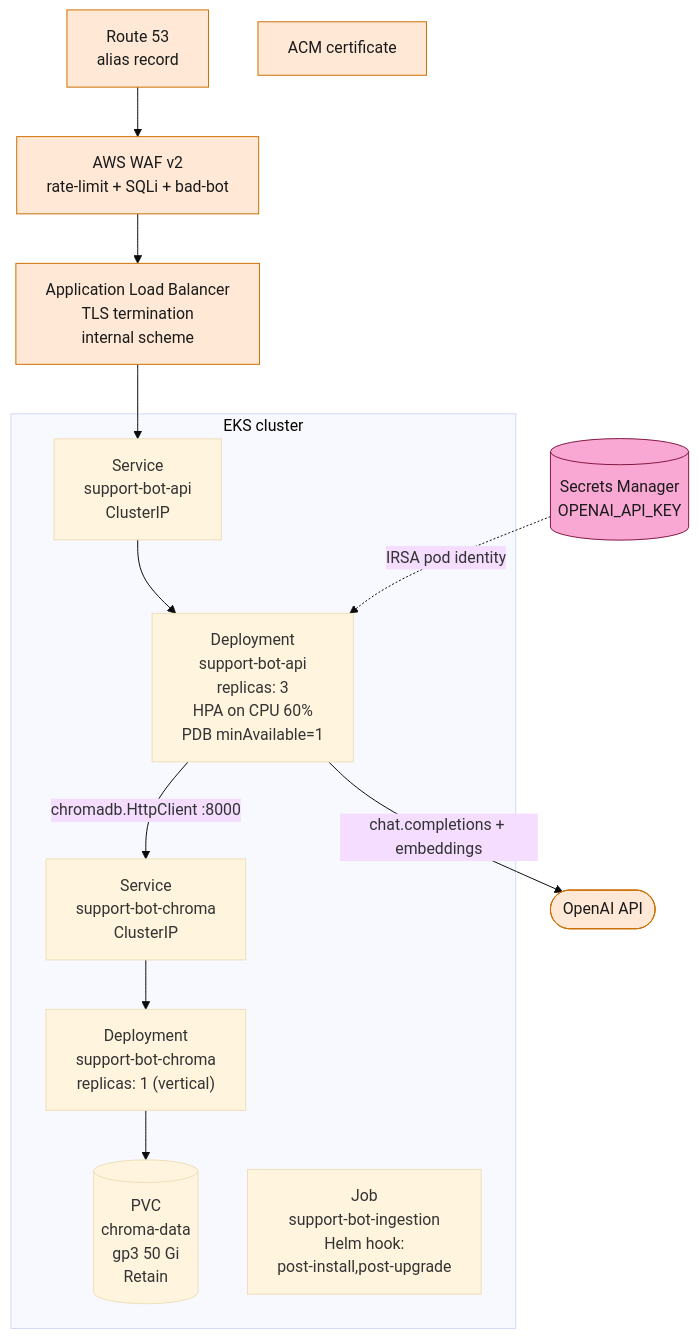
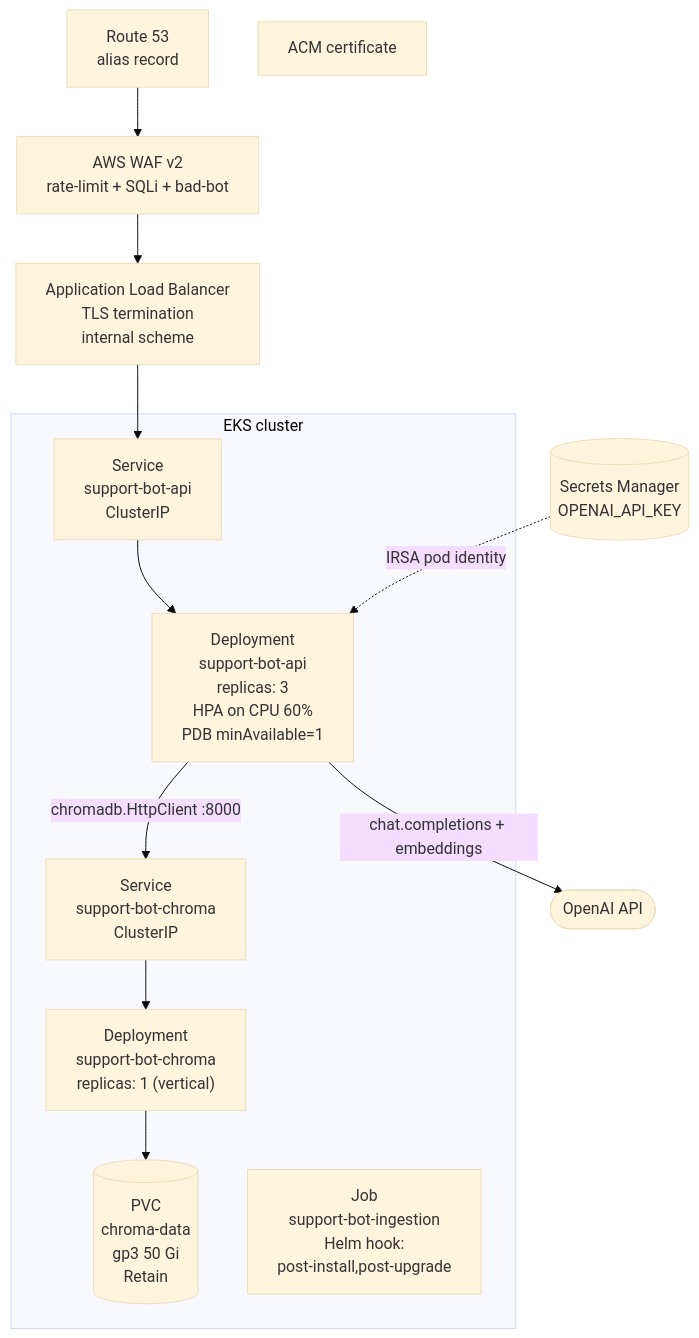
The diagram in docs/c4/4-deep-dive-deployment.md (bruj0/support-agent), drawn with Mermaid (base theme) before and after one commit. The commit also changed 11 other files, not shown here.

First line of the commit message:
fix(docs): revert all Mermaid classDef overrides; use default theme

````diff
--- a/docs/c4/4-deep-dive-deployment.md
+++ b/docs/c4/4-deep-dive-deployment.md
@@ -30,27 +30,25 @@
 ```mermaid
 flowchart TB
     R53["Route 53<br/>alias record"]:::ext
     WAF["AWS WAF v2<br/>rate-limit + SQLi + bad-bot"]:::ext
     ALB["Application Load Balancer<br/>TLS termination<br/>internal scheme"]:::ext
     ACM["ACM certificate"]:::ext
     SM[("Secrets Manager<br/>OPENAI_API_KEY")]:::sec
 
     subgraph CLUSTER["EKS cluster"]
         SVC["Service<br/>support-bot-api<br/>ClusterIP"]
         API["Deployment<br/>support-bot-api<br/>replicas: 3<br/>HPA on CPU 60%<br/>PDB minAvailable=1"]
         CHRSVC["Service<br/>support-bot-chroma<br/>ClusterIP"]
         CHR["Deployment<br/>support-bot-chroma<br/>replicas: 1 (vertical)"]
         PVC[("PVC<br/>chroma-data<br/>gp3 50 Gi<br/>Retain")]
         ING["Job<br/>support-bot-ingestion<br/>Helm hook:<br/>post-install,post-upgrade"]
     end
 
     OAI(["OpenAI API"]):::ext
 
     R53 --> WAF --> ALB --> SVC --> API
     API -->|"chat.completions + embeddings"| OAI
     API -->|"chromadb.HttpClient :8000"| CHRSVC --> CHR --> PVC
     SM -.->|"IRSA pod identity"| API
 
-    classDef ext fill:#ffe9d6,stroke:#cc6f00,stroke-width:1px,color:#1a1a1a;
-    classDef sec fill:#f9a8d4,stroke:#831843,stroke-width:1px,color:#1a1a1a;
 ```
````
